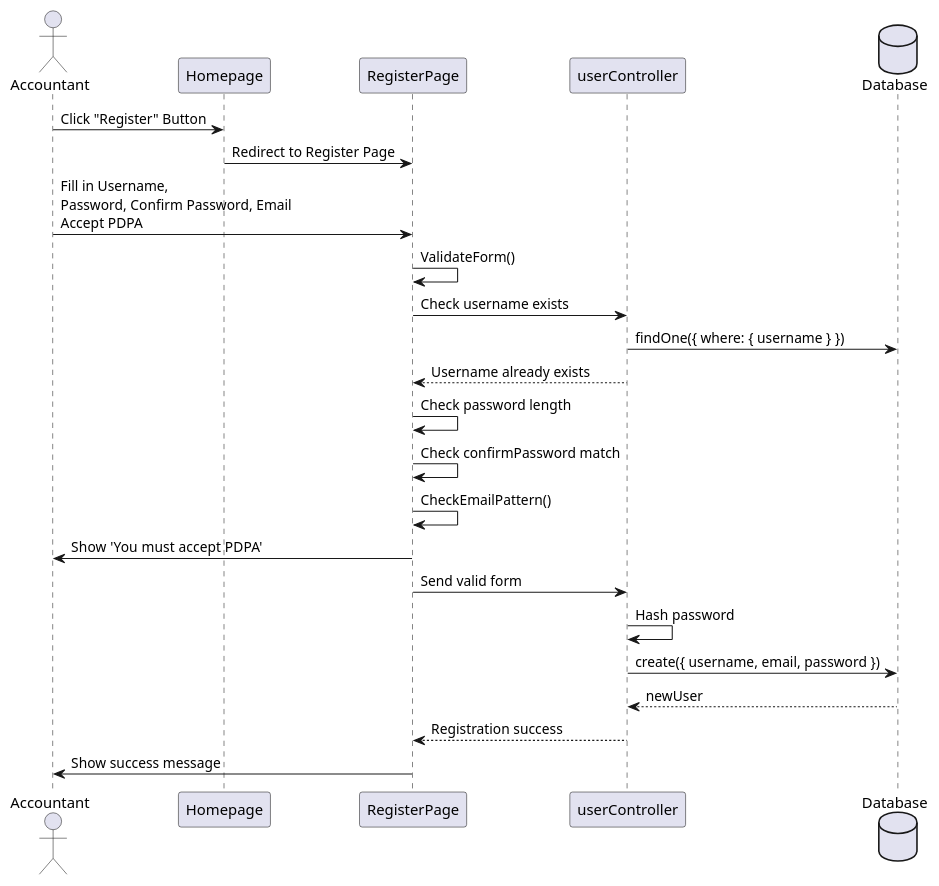
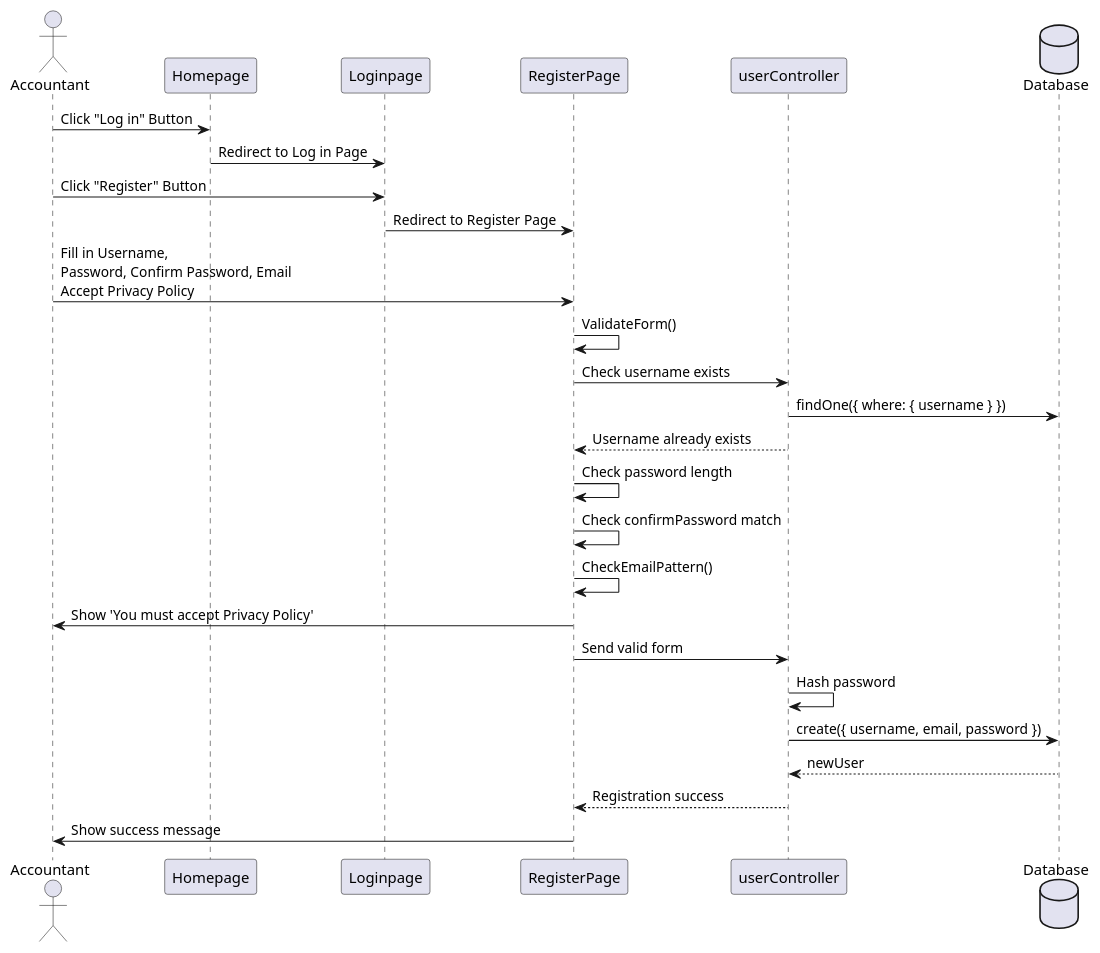
One commit to jmaepraendith/PaperlessWebProject changed the diagram in diagram/sq-uc1.puml. Above: the diagram before and after it, drawn with PlantUML. The commit also changed 12 other files, not shown here.

```diff
--- a/diagram/sq-uc1.puml
+++ b/diagram/sq-uc1.puml
@@ -1,32 +1,36 @@
 @startuml
 actor Accountant
 participant Homepage
+participant Loginpage
 participant RegisterPage
 participant userController
 database Database
 
-Accountant -> Homepage : Click "Register" Button
-Homepage -> RegisterPage : Redirect to Register Page
+Accountant -> Homepage : Click "Log in" Button
+Homepage -> Loginpage : Redirect to Log in Page
 
-Accountant -> RegisterPage : Fill in Username,\nPassword, Confirm Password, Email\nAccept PDPA
+Accountant -> Loginpage : Click "Register" Button
+Loginpage -> RegisterPage : Redirect to Register Page
+
+Accountant -> RegisterPage : Fill in Username,\nPassword, Confirm Password, Email\nAccept Privacy Policy
 RegisterPage -> RegisterPage : ValidateForm()
 RegisterPage -> userController : Check username exists
 userController -> Database : findOne({ where: { username } })
 userController --> RegisterPage : Username already exists
 
 RegisterPage -> RegisterPage : Check password length
 RegisterPage -> RegisterPage : Check confirmPassword match
 RegisterPage -> RegisterPage : CheckEmailPattern()
 
-RegisterPage -> Accountant : Show 'You must accept PDPA'
+RegisterPage -> Accountant : Show 'You must accept Privacy Policy'
 
 RegisterPage -> userController : Send valid form
 userController -> userController : Hash password
 userController -> Database : create({ username, email, password })
 Database --> userController : newUser
 userController --> RegisterPage : Registration success
 RegisterPage -> Accountant : Show success message
 
 
 
 @enduml
```
